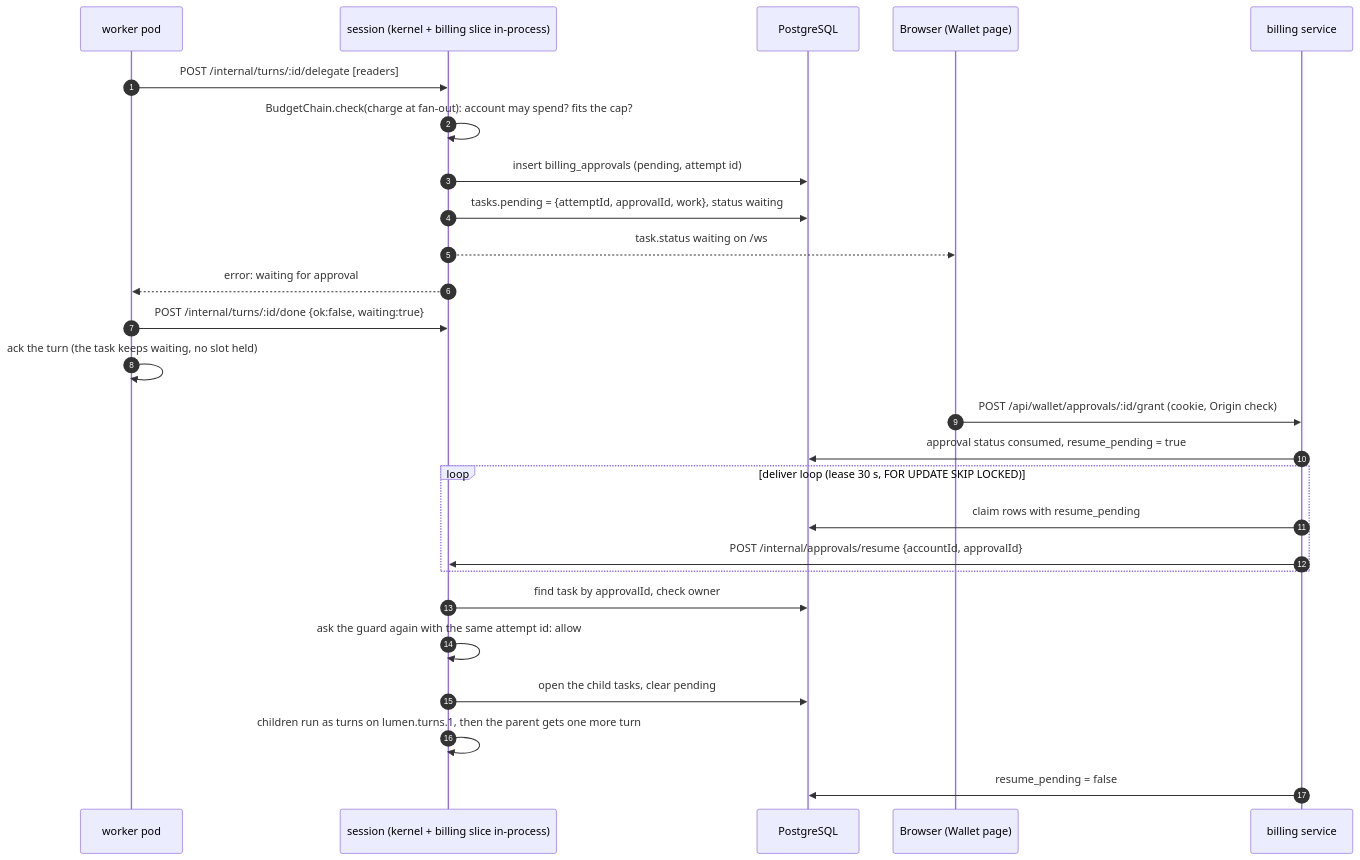
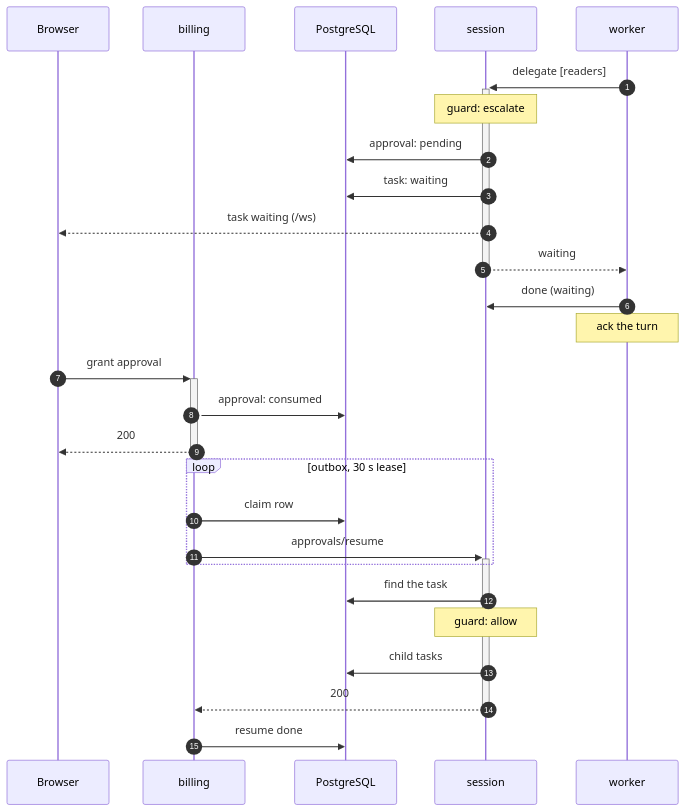
The diagram in docs/platform/diagrams/approval.mmd (ziyangliu-666/lumen-next), drawn with Mermaid before and after one commit. The commit also changed 97 other files, not shown here.

```diff
--- a/docs/platform/diagrams/approval.mmd
+++ b/docs/platform/diagrams/approval.mmd
@@ -1,26 +1,27 @@
 sequenceDiagram
   autonumber
-  participant W as worker pod
-  participant S as session (kernel + billing slice in-process)
+  participant B as Browser
+  participant BI as billing
   participant DB as PostgreSQL
-  participant B as Browser (Wallet page)
-  participant BI as billing service
-  W->>S: POST /internal/turns/:id/delegate [readers]
-  S->>S: BudgetChain.check(charge at fan-out): account may spend? fits the cap?
-  S->>DB: insert billing_approvals (pending, attempt id)
-  S->>DB: tasks.pending = {attemptId, approvalId, work}, status waiting
-  S-->>B: task.status waiting on /ws
-  S-->>W: error: waiting for approval
-  W->>S: POST /internal/turns/:id/done {ok:false, waiting:true}
-  W->>W: ack the turn (the task keeps waiting, no slot held)
-  B->>BI: POST /api/wallet/approvals/:id/grant (cookie, Origin check)
-  BI->>DB: approval status consumed, resume_pending = true
-  loop deliver loop (lease 30 s, FOR UPDATE SKIP LOCKED)
-    BI->>DB: claim rows with resume_pending
-    BI->>S: POST /internal/approvals/resume {accountId, approvalId}
+  participant S as session
+  participant W as worker
+  W->>+S: delegate [readers]
+  Note over S: guard: escalate
+  S->>DB: approval: pending
+  S->>DB: task: waiting
+  S-->>B: task waiting (/ws)
+  S-->>-W: waiting
+  W->>S: done (waiting)
+  Note over W: ack the turn
+  B->>+BI: grant approval
+  BI->>DB: approval: consumed
+  BI-->>-B: 200
+  loop outbox, 30 s lease
+    BI->>DB: claim row
+    BI->>+S: approvals/resume
   end
-  S->>DB: find task by approvalId, check owner
-  S->>S: ask the guard again with the same attempt id: allow
-  S->>DB: open the child tasks, clear pending
-  S->>S: children run as turns on lumen.turns.1, then the parent gets one more turn
-  BI->>DB: resume_pending = false
+  S->>DB: find the task
+  Note over S: guard: allow
+  S->>DB: child tasks
+  S-->>-BI: 200
+  BI->>DB: resume done
```
